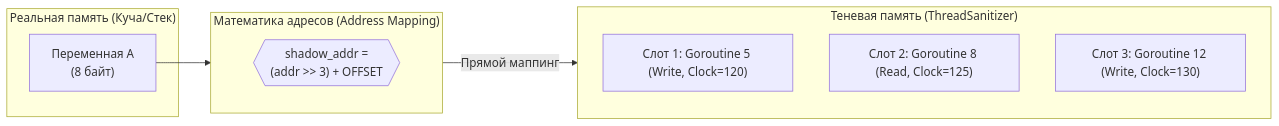
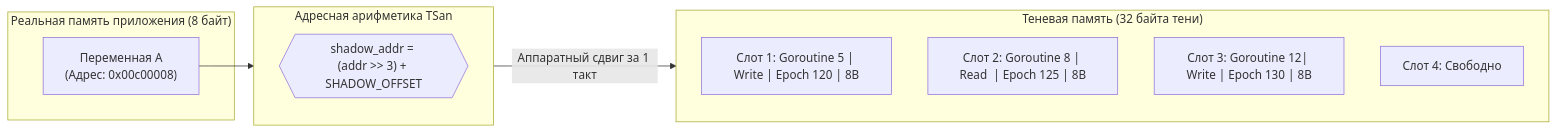
The first of 2 diagrams in sources/7. Глубокий Go (Внутреннее устройство)/46. Race Detector под капотом.md (UnrealTemplier/go-textbook), drawn with Mermaid before and after one commit. The commit also changed other lines of this file, not shown here.

````diff
--- a/sources/7. Глубокий Go (Внутреннее устройство)/46. Race Detector под капотом.md
+++ b/sources/7. Глубокий Go (Внутреннее устройство)/46. Race Detector под капотом.md
@@ -54,20 +72,21 @@
 ```mermaid
 flowchart LR
-    subgraph APP ["Реальная память (Куча/Стек)"]
-        VAR_A["Переменная A<br>(8 байт)"]
+    subgraph APP ["Реальная память приложения (8 байт)"]
+        VAR_A["Переменная A<br>(Адрес: 0x00c00008)"]
     end
     
-    subgraph TSYNC ["Математика адресов (Address Mapping)"]
-        ADDR{{"shadow_addr = <br>(addr >> 3) + OFFSET"}}
+    subgraph TSYNC ["Адресная арифметика TSan"]
+        ADDR{{"shadow_addr = <br>(addr >> 3) + SHADOW_OFFSET"}}
     end
 
-    subgraph SHADOW ["Теневая память (ThreadSanitizer)"]
+    subgraph SHADOW ["Теневая память (32 байта тени)"]
         direction TB
-        SLOT1["Слот 1: Goroutine 5 (Write, Clock=120)"]
-        SLOT2["Слот 2: Goroutine 8 (Read, Clock=125)"]
-        SLOT3["Слот 3: Goroutine 12 (Write, Clock=130)"]
+        SLOT1["Слот 1: Goroutine 5 | Write | Epoch 120 | 8B"]
+        SLOT2["Слот 2: Goroutine 8 | Read  | Epoch 125 | 8B"]
+        SLOT3["Слот 3: Goroutine 12| Write | Epoch 130 | 8B"]
+        SLOT4["Слот 4: Свободно"]
     end
     
     VAR_A --> TSYNC
-    TSYNC -->|"Прямой маппинг"| SHADOW
+    TSYNC -->|"Аппаратный сдвиг за 1 такт"| SHADOW
 ```
````
